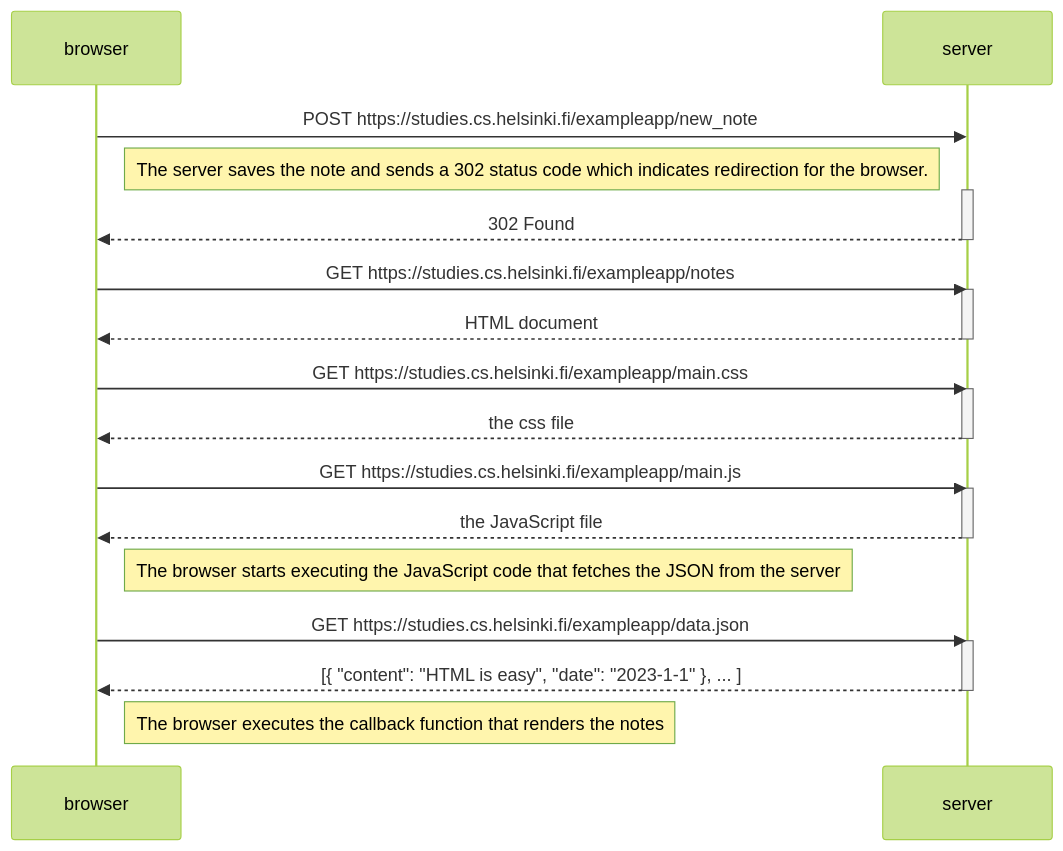
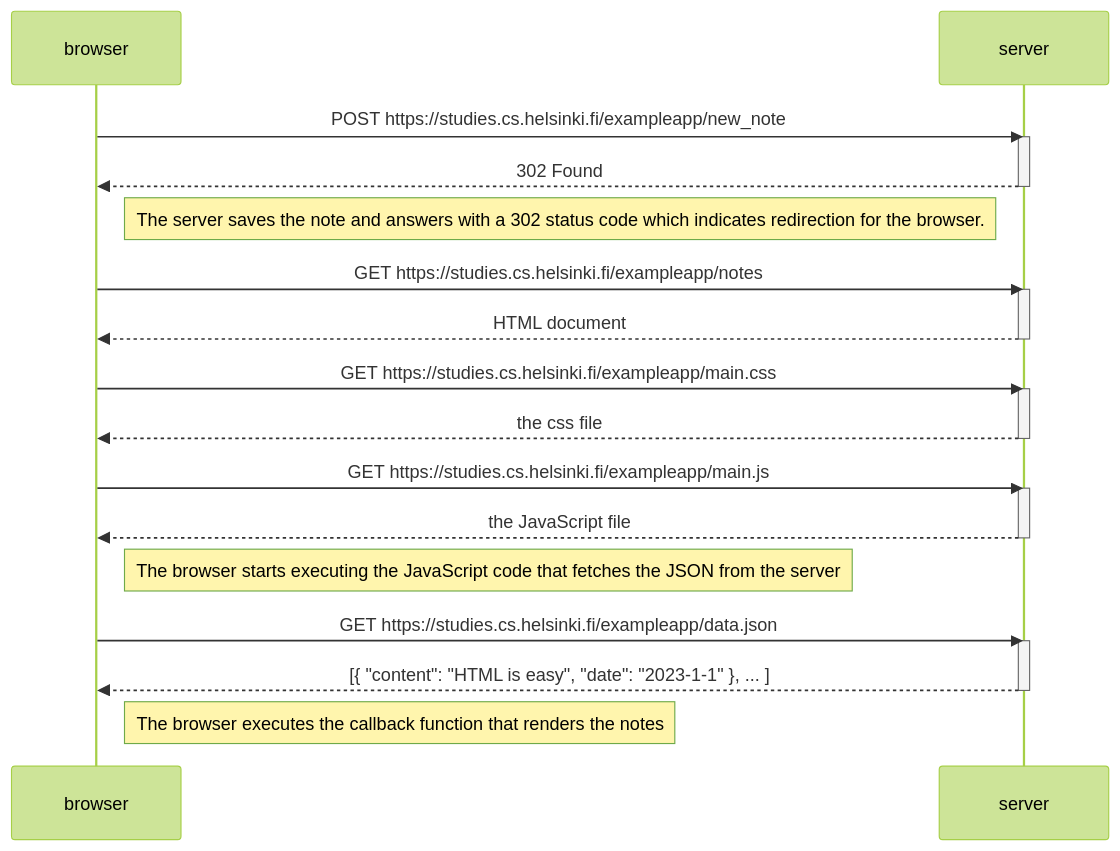
Before and after one commit to Julietanilem/fullstackopen: the diagram in P0/new_note.md, drawn with Mermaid (forest theme).

````diff
--- a/P0/new_note.md
+++ b/P0/new_note.md
@@ -1,34 +1,33 @@
 ```mermaid
 sequenceDiagram
     participant browser
     participant server
     browser->>server: POST https://studies.cs.helsinki.fi/exampleapp/new_note
-    Note left of server: The server saves the note and sends a 302 status code which indicates redirection for the browser.
     activate server
     server-->>browser:  302 Found
     deactivate server
-
+Note left of server: The server saves the note and answers with a 302 status code which indicates redirection for the browser.
     browser->>server: GET https://studies.cs.helsinki.fi/exampleapp/notes
     activate server
     server-->>browser: HTML document
     deactivate server
 
     browser->>server: GET https://studies.cs.helsinki.fi/exampleapp/main.css
     activate server
     server-->>browser: the css file
     deactivate server
 
     browser->>server: GET https://studies.cs.helsinki.fi/exampleapp/main.js
     activate server
     server-->>browser: the JavaScript file
     deactivate server
 
     Note right of browser: The browser starts executing the JavaScript code that fetches the JSON from the server
 
     browser->>server: GET https://studies.cs.helsinki.fi/exampleapp/data.json
     activate server
     server-->>browser: [{ "content": "HTML is easy", "date": "2023-1-1" }, ... ]
     deactivate server
 
     Note right of browser: The browser executes the callback function that renders the notes
 ```
````
